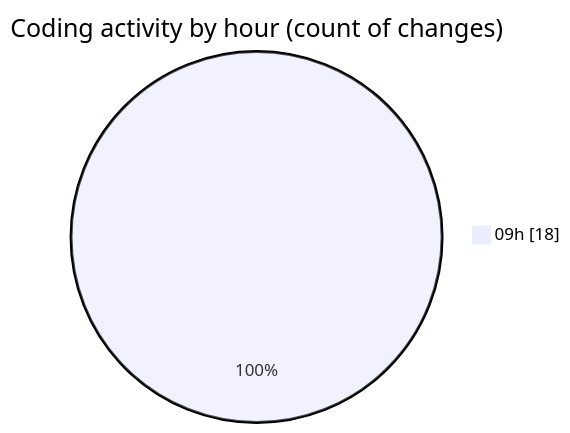
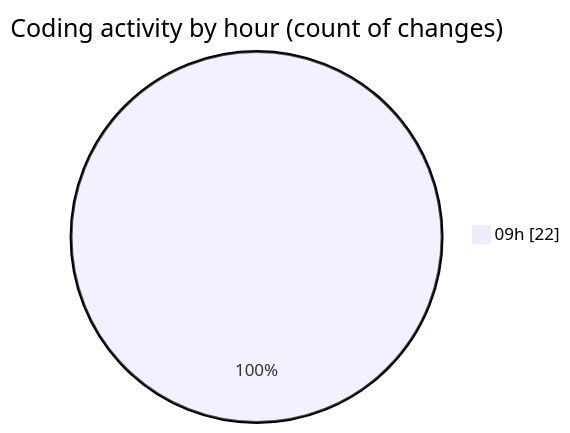
Before and after one commit to momahboobian/code-tracking: the second of 2 diagrams in 2025-11-17/cda/README.md, drawn with Mermaid. The commit also changed other lines of this file and 1 other file, not shown here.

````diff
--- a/2025-11-17/cda/README.md
+++ b/2025-11-17/cda/README.md
@@ -28,5 +28,5 @@
 ```mermaid
 pie showData
 title Coding activity by hour (count of changes)
-"09h" : 18
+"09h" : 22
 ```
````
